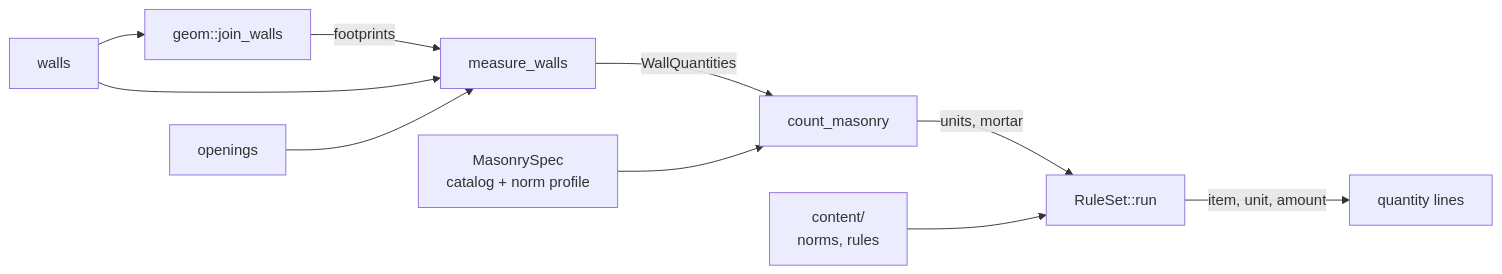
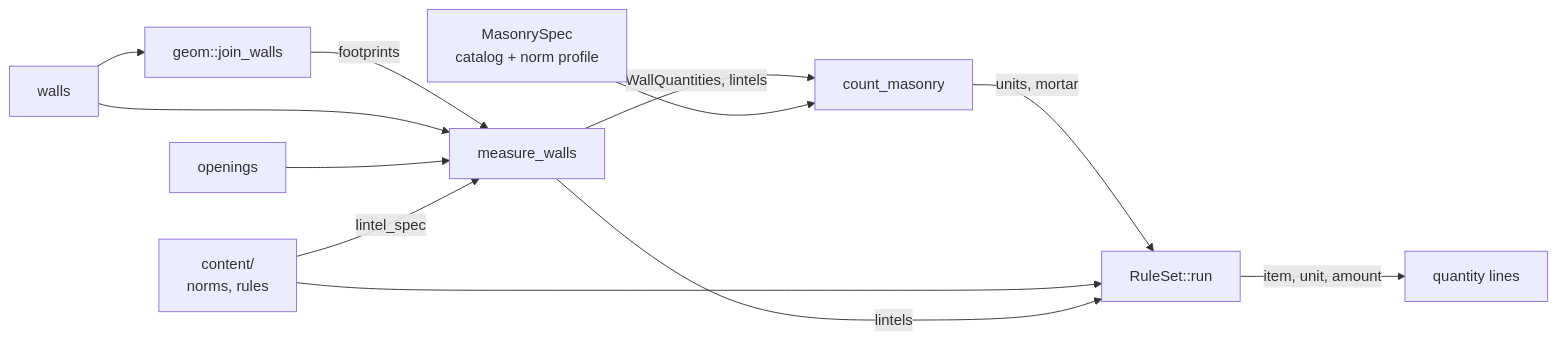
Before and after one commit to globallstudent/otves: the diagram in engine/takeoff/README.md, drawn with Mermaid. The commit also changed other lines of this file and 15 other files, not shown here.

````diff
--- a/engine/takeoff/README.md
+++ b/engine/takeoff/README.md
@@ -5,12 +5,14 @@
 ```mermaid
 flowchart LR
   W["walls"] --> J["geom::join_walls"]
   J -- "footprints" --> M["measure_walls"]
   W --> M
   O["openings"] --> M
-  M -- "WallQuantities" --> C["count_masonry"]
+  K -- "lintel_spec" --> M
+  M -- "WallQuantities, lintels" --> C["count_masonry"]
   S["MasonrySpec<br/>catalog + norm profile"] --> C
   C -- "units, mortar" --> R["RuleSet::run"]
   K["content/<br/>norms, rules"] --> R
+  M -- "lintels" --> R
   R -- "item, unit, amount" --> L["quantity lines"]
 ```
````
